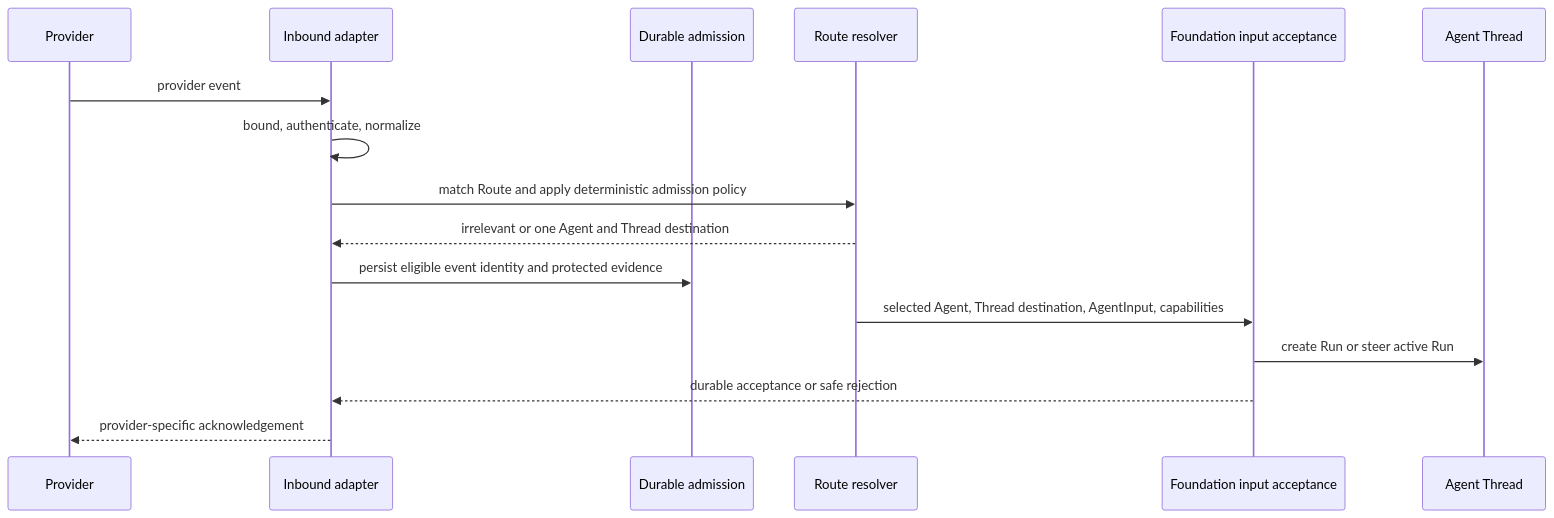
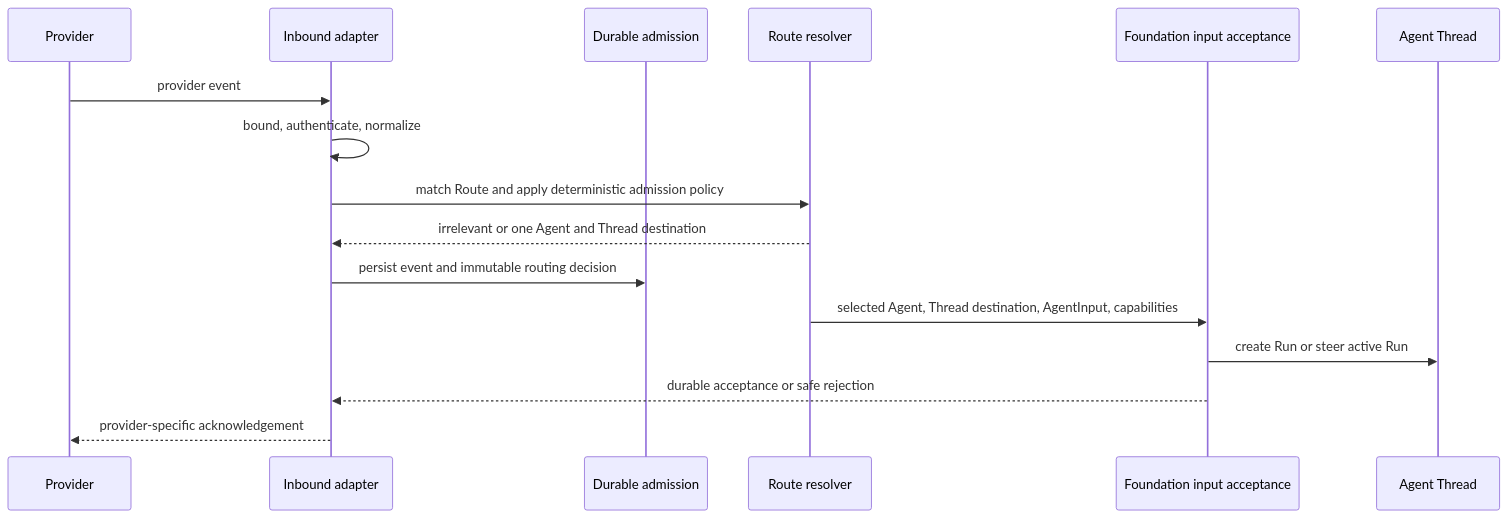
The diagram in spec/foundation-service/40-connectivity/01-ingress-and-routing.md (converge-ai-labs/agent-foundation), drawn with Mermaid before and after one commit. The commit also changed other lines of this file and 8 other files, not shown here.

````diff
--- a/spec/foundation-service/40-connectivity/01-ingress-and-routing.md
+++ b/spec/foundation-service/40-connectivity/01-ingress-and-routing.md
@@ -162,19 +166,19 @@
 ```mermaid
 sequenceDiagram
     participant Provider
     participant Adapter as Inbound adapter
     participant Store as Durable admission
     participant Router as Route resolver
     participant Service as Foundation input acceptance
     participant Agent as Agent Thread
 
     Provider->>Adapter: provider event
     Adapter->>Adapter: bound, authenticate, normalize
     Adapter->>Router: match Route and apply deterministic admission policy
     Router-->>Adapter: irrelevant or one Agent and Thread destination
-    Adapter->>Store: persist eligible event identity and protected evidence
+    Adapter->>Store: persist event and immutable routing decision
     Router->>Service: selected Agent, Thread destination, AgentInput, capabilities
     Service->>Agent: create Run or steer active Run
     Service-->>Adapter: durable acceptance or safe rejection
     Adapter-->>Provider: provider-specific acknowledgement
 ```
````
